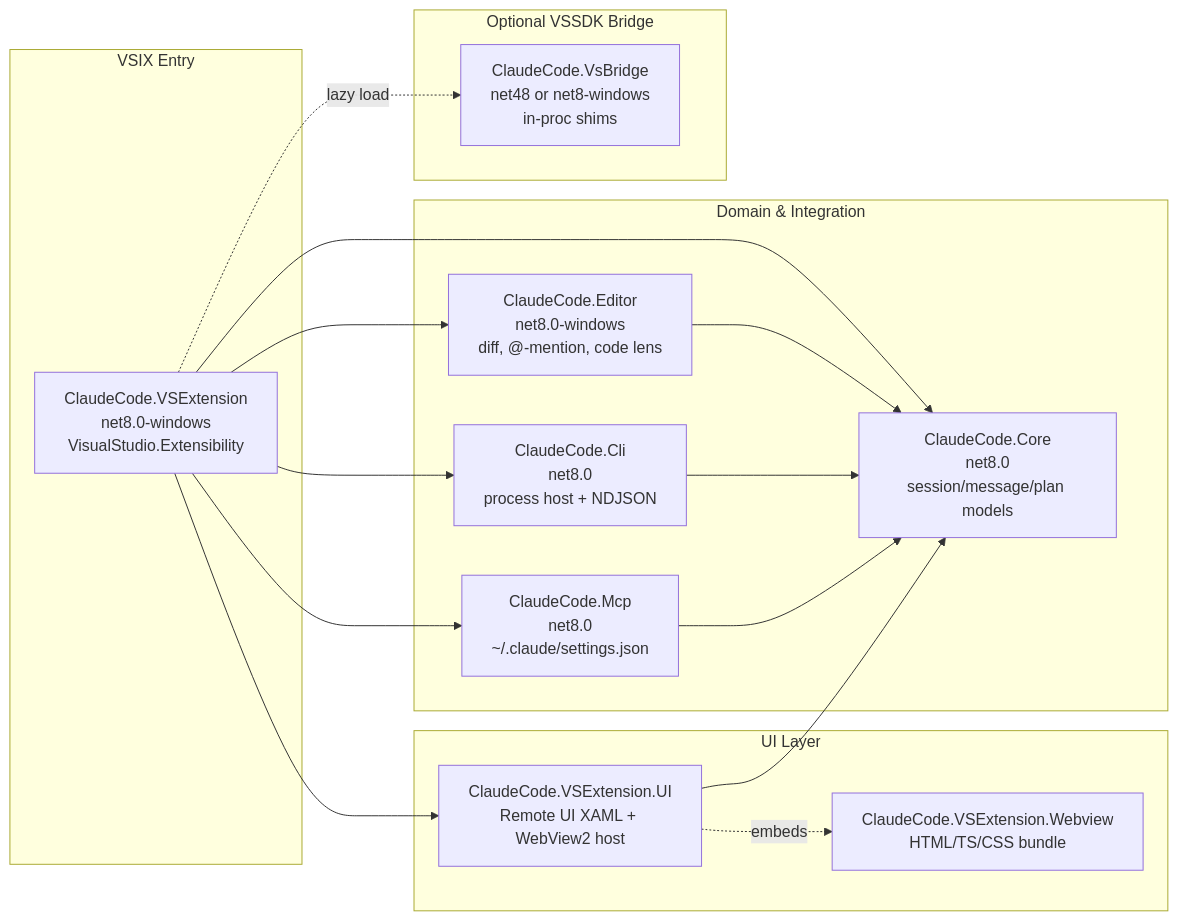
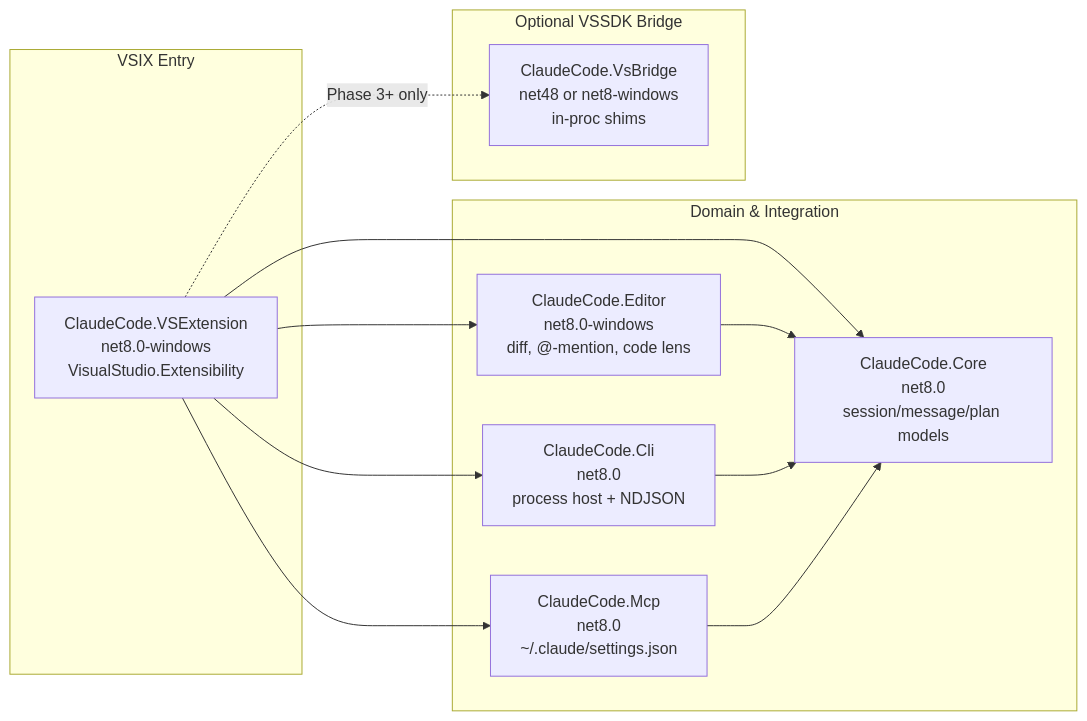
The first of 3 diagrams in docs/PROJECT_PLAN.md (TomMarks/conduit-for-vs), drawn with Mermaid before and after one commit. The commit also changed other lines of this file and 3 other files, not shown here.

````diff
--- a/docs/PROJECT_PLAN.md
+++ b/docs/PROJECT_PLAN.md
@@ -105,34 +105,26 @@
 ```mermaid
 flowchart LR
     subgraph entry [VSIX Entry]
         EXT[ClaudeCode.VSExtension<br/>net8.0-windows<br/>VisualStudio.Extensibility]
-    end
-
-    subgraph ui [UI Layer]
-        UIPROJ[ClaudeCode.VSExtension.UI<br/>Remote UI XAML + WebView2 host]
-        WEB[ClaudeCode.VSExtension.Webview<br/>HTML/TS/CSS bundle]
     end
 
     subgraph domain [Domain & Integration]
         CORE[ClaudeCode.Core<br/>net8.0<br/>session/message/plan models]
         CLI[ClaudeCode.Cli<br/>net8.0<br/>process host + NDJSON]
         MCP[ClaudeCode.Mcp<br/>net8.0<br/>~/.claude/settings.json]
         EDIT[ClaudeCode.Editor<br/>net8.0-windows<br/>diff, @-mention, code lens]
     end
 
     subgraph bridge [Optional VSSDK Bridge]
         VSB[ClaudeCode.VsBridge<br/>net48 or net8-windows<br/>in-proc shims]
     end
 
-    EXT --> UIPROJ
     EXT --> CORE
     EXT --> CLI
     EXT --> EDIT
     EXT --> MCP
-    EXT -.lazy load.-> VSB
-    UIPROJ --> CORE
-    UIPROJ -.embeds.-> WEB
+    EXT -.Phase 3+ only.-> VSB
     EDIT --> CORE
     CLI --> CORE
     MCP --> CORE
 ```
````
